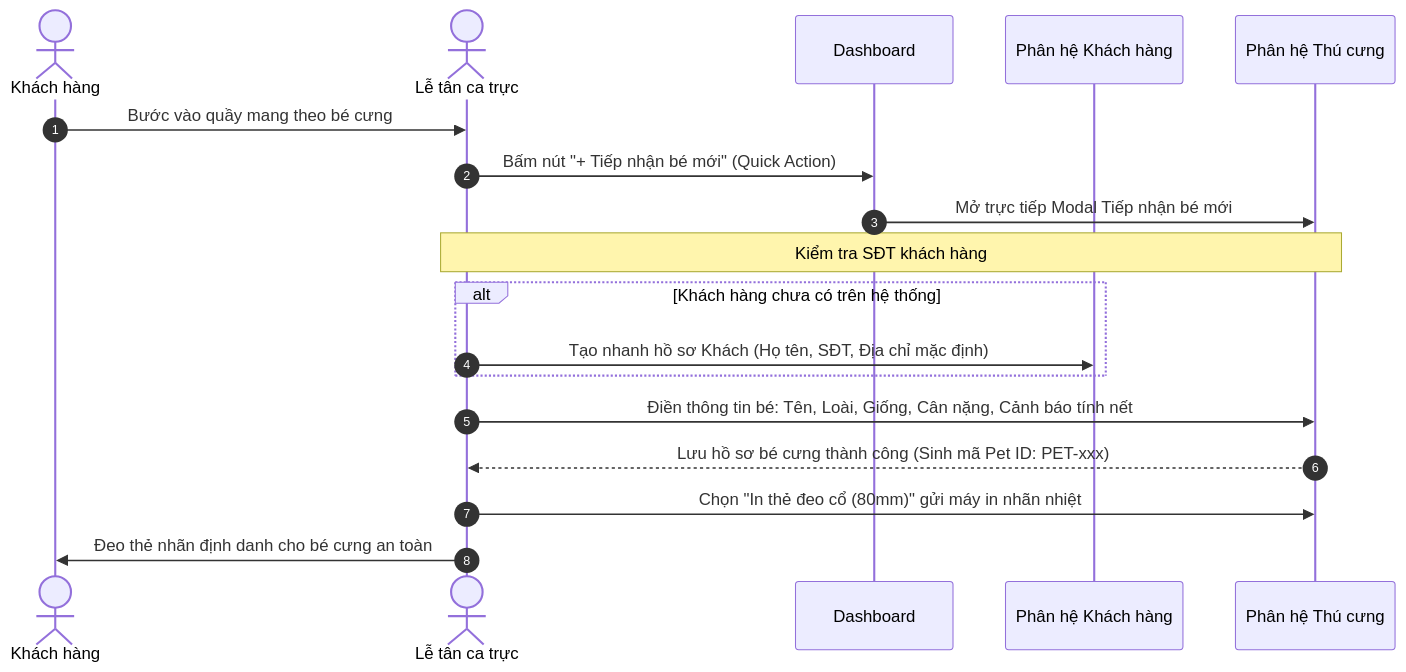
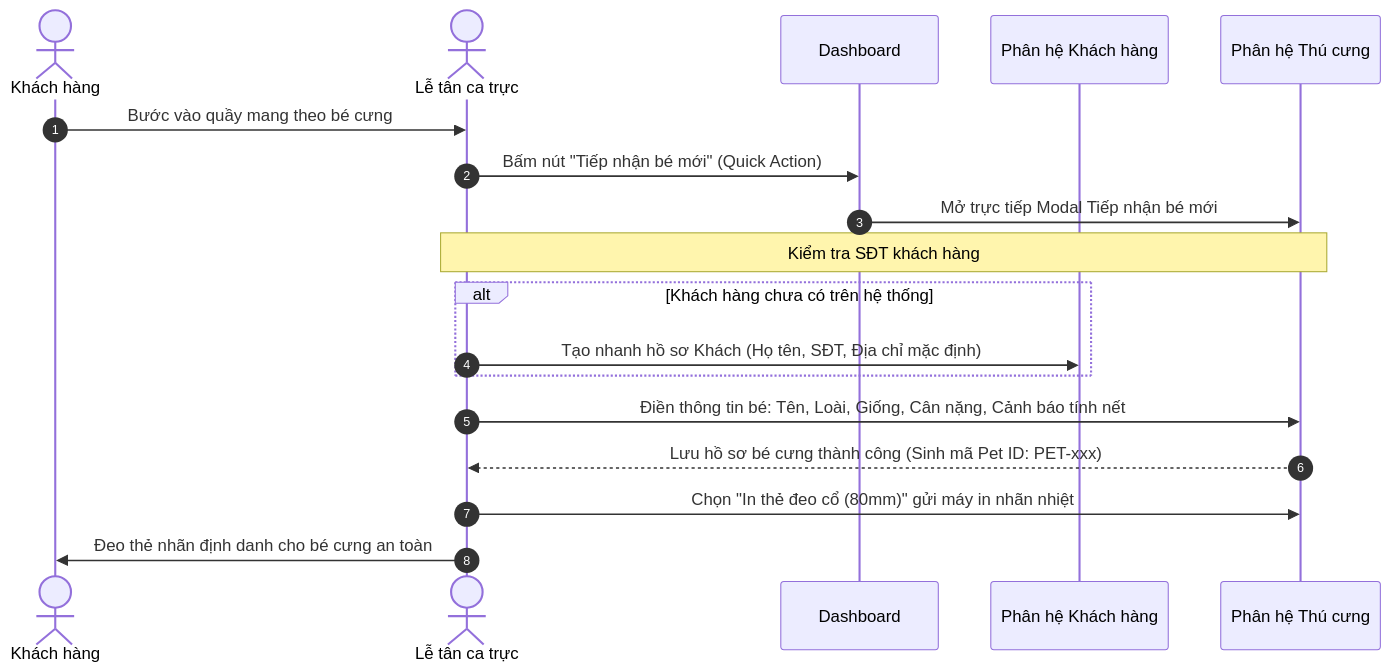
One commit to lleewyn/Pawpal changed the first of 7 diagrams in HUONG_DAN_LUONG_NGHIEP_VU_PAWPAL.md. Above: the diagram before and after it, drawn with Mermaid. The commit also changed other lines of this file and 33 other files, not shown here.

````diff
--- a/HUONG_DAN_LUONG_NGHIEP_VU_PAWPAL.md
+++ b/HUONG_DAN_LUONG_NGHIEP_VU_PAWPAL.md
@@ -65,21 +65,21 @@
 ```mermaid
 sequenceDiagram
     autonumber
     actor Khach as Khách hàng
     actor Letan as Lễ tân ca trực
     participant DB as Dashboard
     participant Cust as Phân hệ Khách hàng
     participant Pet as Phân hệ Thú cưng
 
     Khach->>Letan: Bước vào quầy mang theo bé cưng
-    Letan->>DB: Bấm nút "+ Tiếp nhận bé mới" (Quick Action)
+    Letan->>DB: Bấm nút "Tiếp nhận bé mới" (Quick Action)
     DB->>Pet: Mở trực tiếp Modal Tiếp nhận bé mới
     Note over Letan,Pet: Kiểm tra SĐT khách hàng
     alt Khách hàng chưa có trên hệ thống
         Letan->>Cust: Tạo nhanh hồ sơ Khách (Họ tên, SĐT, Địa chỉ mặc định)
     end
     Letan->>Pet: Điền thông tin bé: Tên, Loài, Giống, Cân nặng, Cảnh báo tính nết
     Pet-->>Letan: Lưu hồ sơ bé cưng thành công (Sinh mã Pet ID: PET-xxx)
     Letan->>Pet: Chọn "In thẻ đeo cổ (80mm)" gửi máy in nhãn nhiệt
     Letan->>Khach: Đeo thẻ nhãn định danh cho bé cưng an toàn
 ```
````
